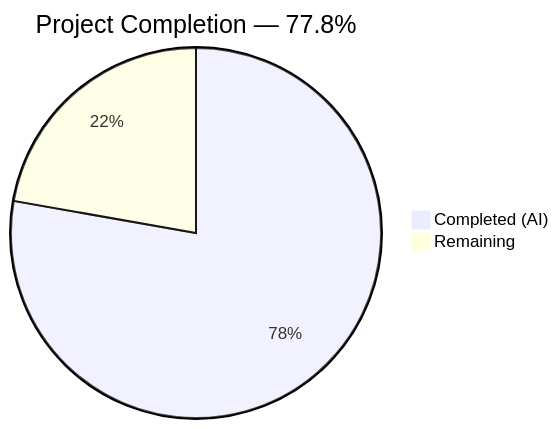
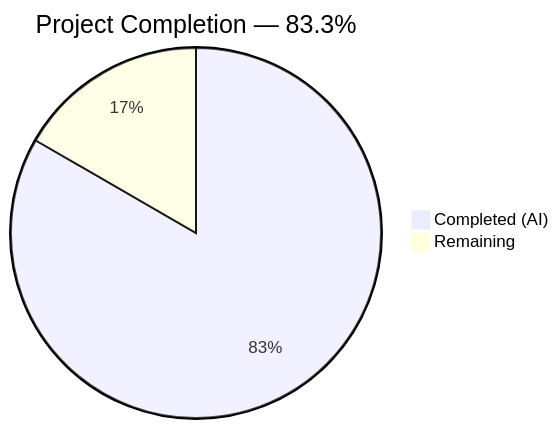
The first of 2 diagrams in blitzy/documentation/Project Guide.md (TestadoBlitzy/Existing-product), drawn with Mermaid before and after one commit. The commit also changed other lines of this file, not shown here.

Commit message:
Adding Blitzy Project Guide: Project Status and Human Tasks Remaining

````diff
--- a/blitzy/documentation/Project Guide.md
+++ b/blitzy/documentation/Project Guide.md
@@ -13,5 +11,5 @@
 ```mermaid
-pie title Project Completion — 77.8%
-    "Completed (AI)" : 7
+pie title Project Completion — 83.3%
+    "Completed (AI)" : 10
     "Remaining" : 2
 ```
````
